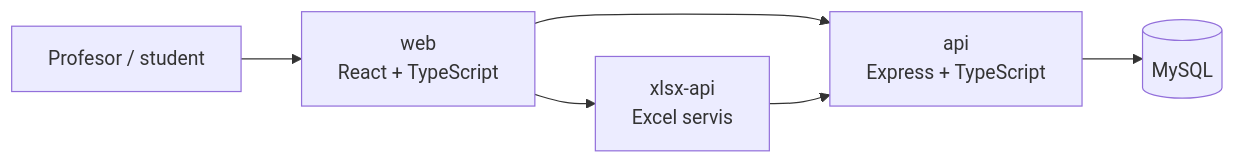
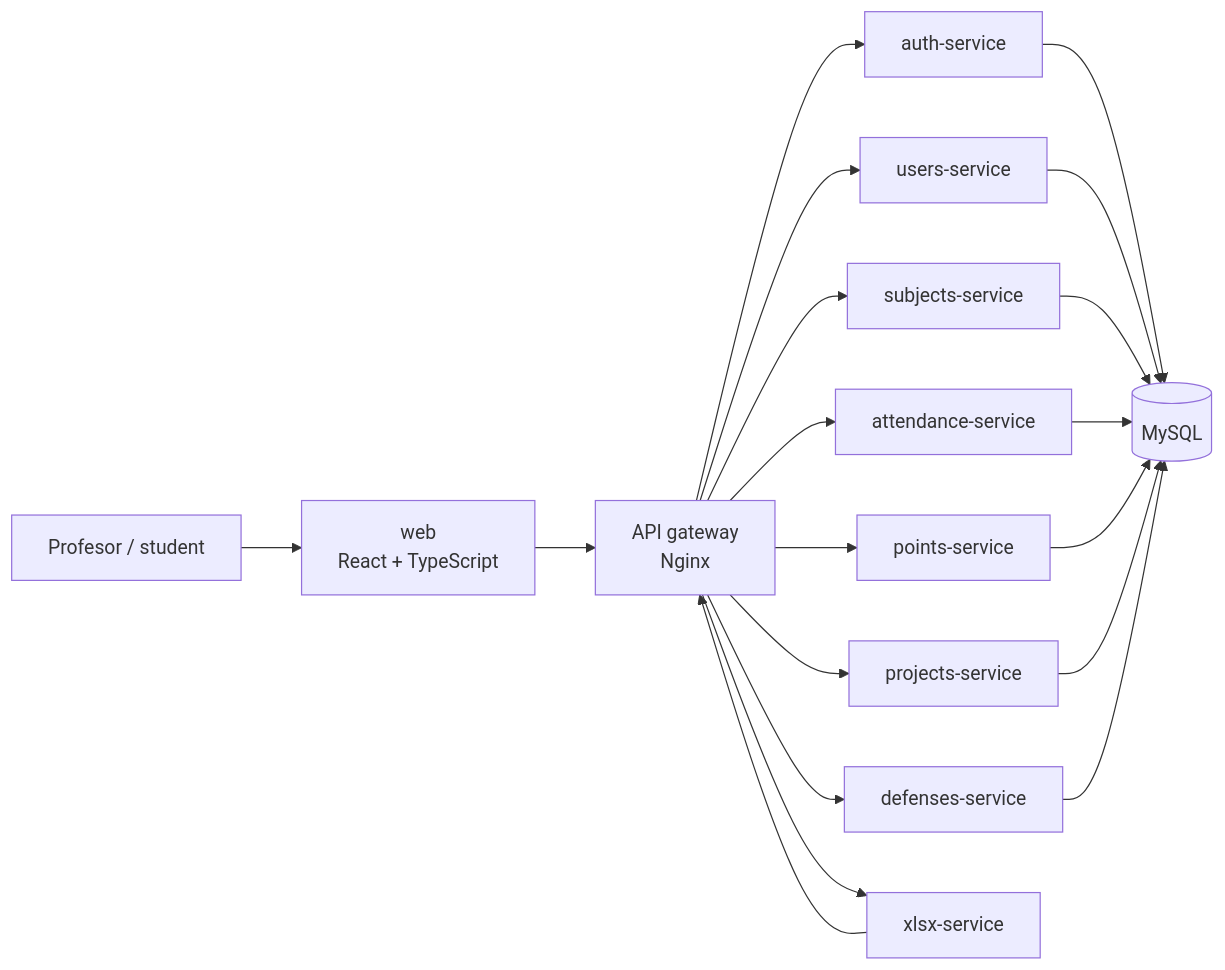
Before and after one commit to owlCoder/AD-Spisak: the diagram in README.md, drawn with Mermaid. The commit also changed other lines of this file and 20 other files, not shown here.

````diff
--- a/README.md
+++ b/README.md
@@ -9,8 +9,23 @@
 ```mermaid
 flowchart LR
     U[Profesor / student] --> W[web\nReact + TypeScript]
-    W --> A[api\nExpress + TypeScript]
-    W --> X[xlsx-api\nExcel servis]
-    A --> D[(MySQL)]
-    X --> A
+    W --> G[API gateway\nNginx]
+
+    G --> A[auth-service]
+    G --> K[users-service]
+    G --> S[subjects-service]
+    G --> E[attendance-service]
+    G --> P[points-service]
+    G --> PR[projects-service]
+    G --> T[defenses-service]
+    G --> X[xlsx-service]
+
+    A --> DB[(MySQL)]
+    K --> DB
+    S --> DB
+    E --> DB
+    P --> DB
+    PR --> DB
+    T --> DB
+    X --> G
 ```
````
